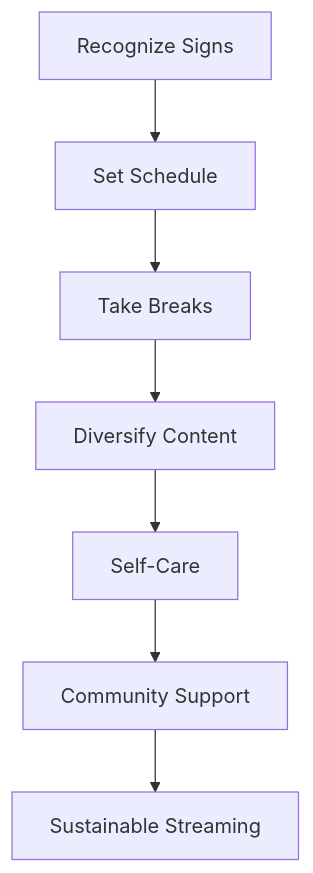
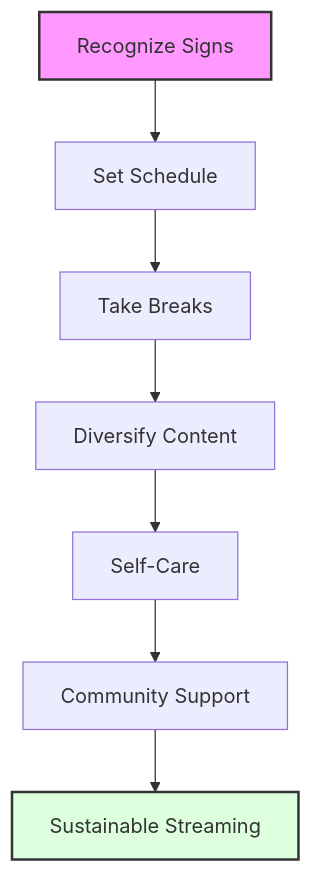
Before and after one commit to littl3-boat/ttwise: the diagram in data/blog/tiktok-live-gaming-burnout-prevention-2025.mdx, drawn with Mermaid. The commit also changed 68 other files, not shown here.

Commit message:
feat: fix Mermaid syntax across blogs and add new posts for quality penalty and empty view trap

````diff
--- a/data/blog/tiktok-live-gaming-burnout-prevention-2025.mdx
+++ b/data/blog/tiktok-live-gaming-burnout-prevention-2025.mdx
@@ -24,9 +24,13 @@
 ```mermaid
 graph TD
-    A[Recognize Signs] --> B[Set Schedule]
-    B --> C[Take Breaks]
-    C --> D[Diversify Content]
-    D --> E[Self-Care]
-    E --> F[Community Support]
-    F --> G[Sustainable Streaming]
+    A["Recognize Signs"] --> B["Set Schedule"]
+    B --> C["Take Breaks"]
+    C --> D["Diversify Content"]
+    D --> E["Self-Care"]
+    E --> F["Community Support"]
+    G["Sustainable Streaming"]
+    F --> G
+
+    style A fill:#f9f,stroke:#333,stroke-width:2px
+    style G fill:#dfd,stroke:#333,stroke-width:2px
 ```
````
